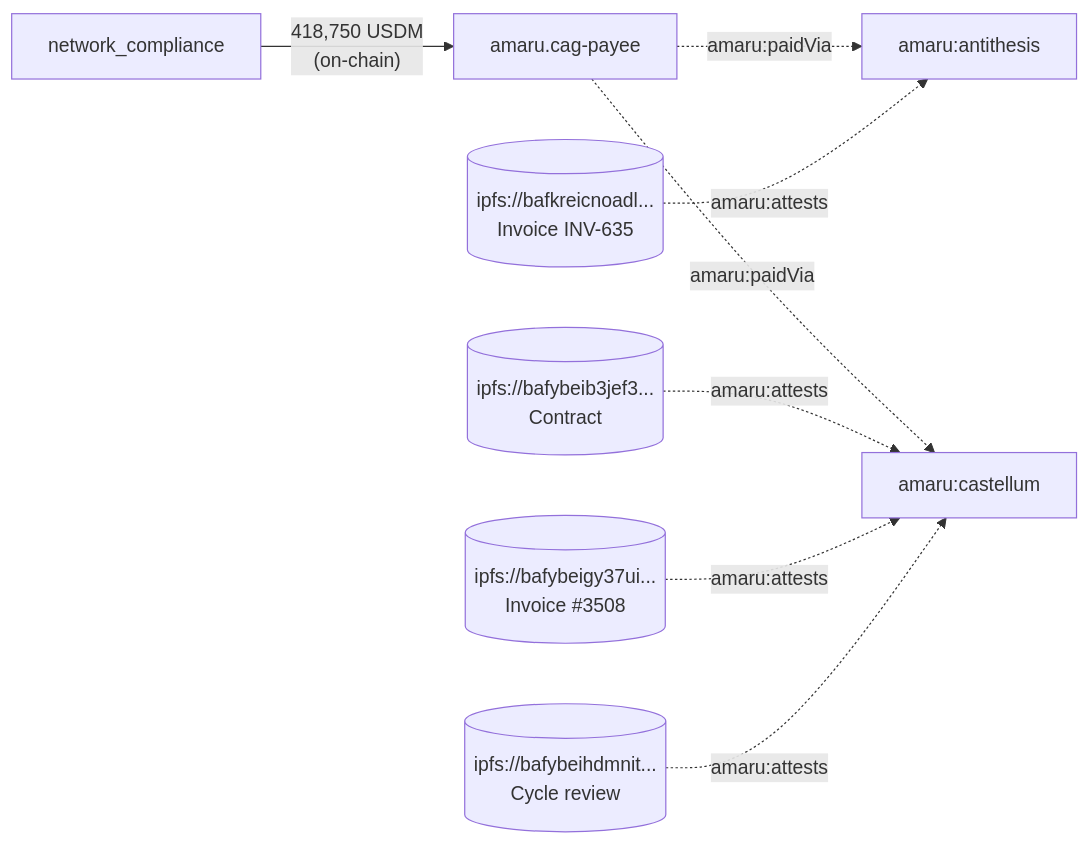
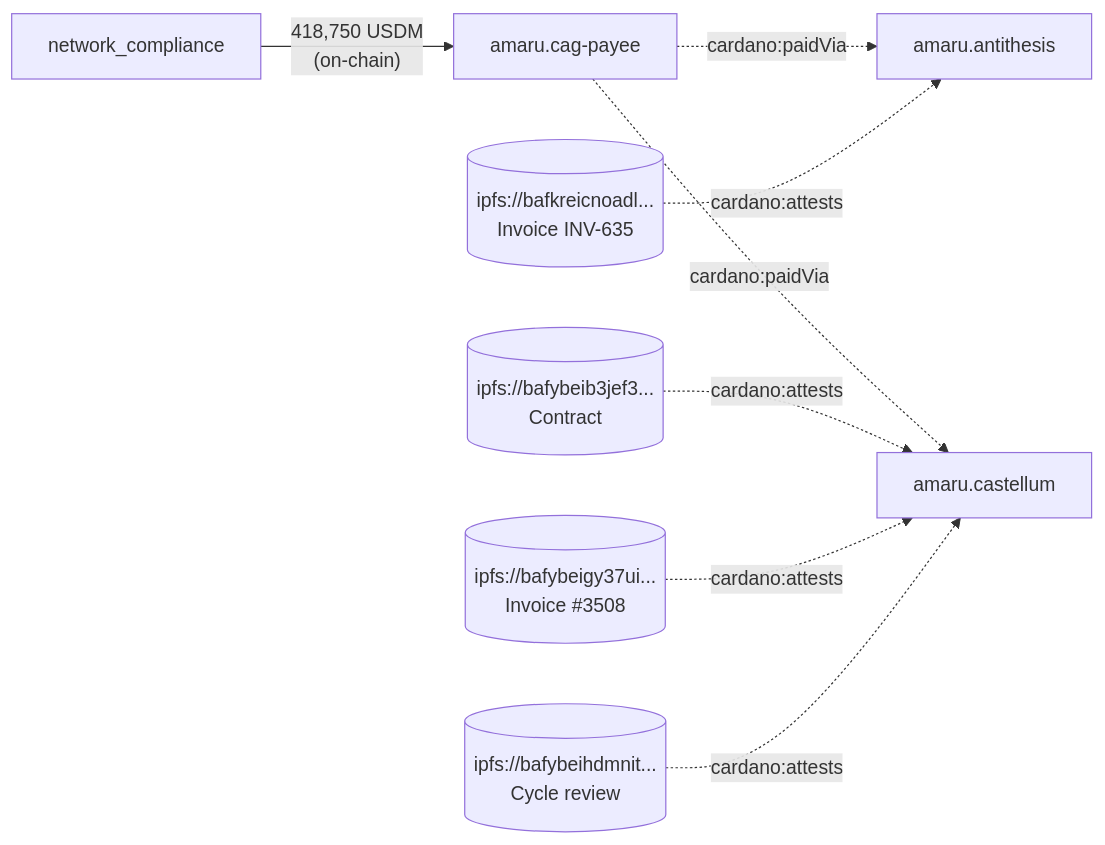
One commit to lambdasistemi/cardano-tx-tools changed the third of 5 diagrams in docs/may-2026-amaru-lattice.md. Above: the diagram before and after it, drawn with Mermaid. The commit also changed other lines of this file and 20 other files, not shown here.

````diff
--- a/docs/may-2026-amaru-lattice.md
+++ b/docs/may-2026-amaru-lattice.md
@@ -283,10 +285,10 @@
 ```mermaid
 flowchart LR
   netcomp["network_compliance"] -->|"418,750 USDM<br/>(on-chain)"| cag["amaru.cag-payee"]
-  cag -.->|amaru:paidVia| ant["amaru:antithesis"]
-  cag -.->|amaru:paidVia| cast["amaru:castellum"]
-  i1[("ipfs://bafkreicnoadl...<br/>Invoice INV-635")] -.->|amaru:attests| ant
-  i2[("ipfs://bafybeib3jef3...<br/>Contract")] -.->|amaru:attests| cast
-  i3[("ipfs://bafybeigy37ui...<br/>Invoice #3508")] -.->|amaru:attests| cast
-  i4[("ipfs://bafybeihdmnit...<br/>Cycle review")] -.->|amaru:attests| cast
+  cag -.->|cardano:paidVia| ant["amaru.antithesis"]
+  cag -.->|cardano:paidVia| cast["amaru.castellum"]
+  i1[("ipfs://bafkreicnoadl...<br/>Invoice INV-635")] -.->|cardano:attests| ant
+  i2[("ipfs://bafybeib3jef3...<br/>Contract")] -.->|cardano:attests| cast
+  i3[("ipfs://bafybeigy37ui...<br/>Invoice #3508")] -.->|cardano:attests| cast
+  i4[("ipfs://bafybeihdmnit...<br/>Cycle review")] -.->|cardano:attests| cast
 ```
````
